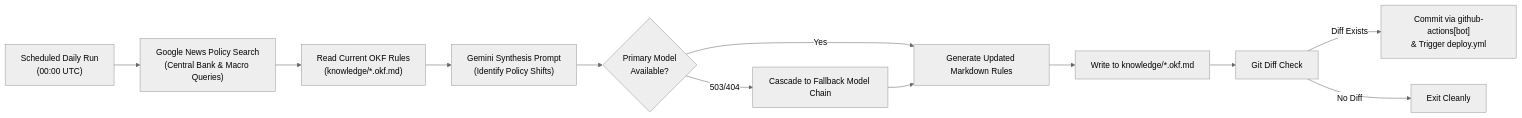
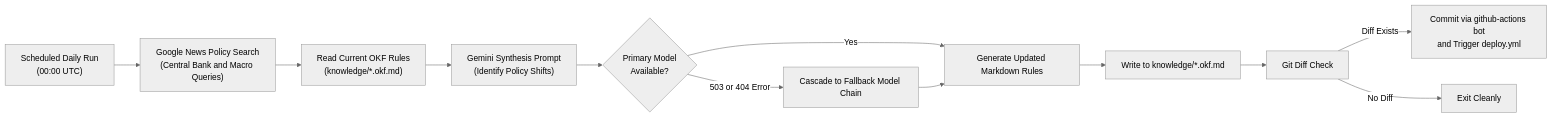
Before and after one commit to Shivam-Jha96/gsp: the third of 3 diagrams in docs/architecture_and_workflow.md, drawn with Mermaid (neutral theme). The commit also changed other lines of this file and 1 other file, not shown here.

Commit message:
fix(docs): resolve Mermaid syntax errors in diagrams for GitHub rendering

````diff
--- a/docs/architecture_and_workflow.md
+++ b/docs/architecture_and_workflow.md
@@ -482,14 +482,14 @@
 ```mermaid
 flowchart LR
-    A["Scheduled Daily Run<br/>(00:00 UTC)"] --> B["Google News Policy Search<br/>(Central Bank & Macro Queries)"]
+    A["Scheduled Daily Run<br/>(00:00 UTC)"] --> B["Google News Policy Search<br/>(Central Bank and Macro Queries)"]
     B --> C["Read Current OKF Rules<br/>(knowledge/*.okf.md)"]
     C --> D["Gemini Synthesis Prompt<br/>(Identify Policy Shifts)"]
     D --> E{"Primary Model<br/>Available?"}
     E -->|Yes| F["Generate Updated Markdown Rules"]
-    E -->|503/404| G["Cascade to Fallback Model Chain"]
+    E -->|503 or 404 Error| G["Cascade to Fallback Model Chain"]
     G --> F
     F --> H["Write to knowledge/*.okf.md"]
     H --> I["Git Diff Check"]
-    I -->|Diff Exists| J["Commit via github-actions[bot]<br/>& Trigger deploy.yml"]
+    I -->|Diff Exists| J["Commit via github-actions bot<br/>and Trigger deploy.yml"]
     I -->|No Diff| K["Exit Cleanly"]
 ```
````
